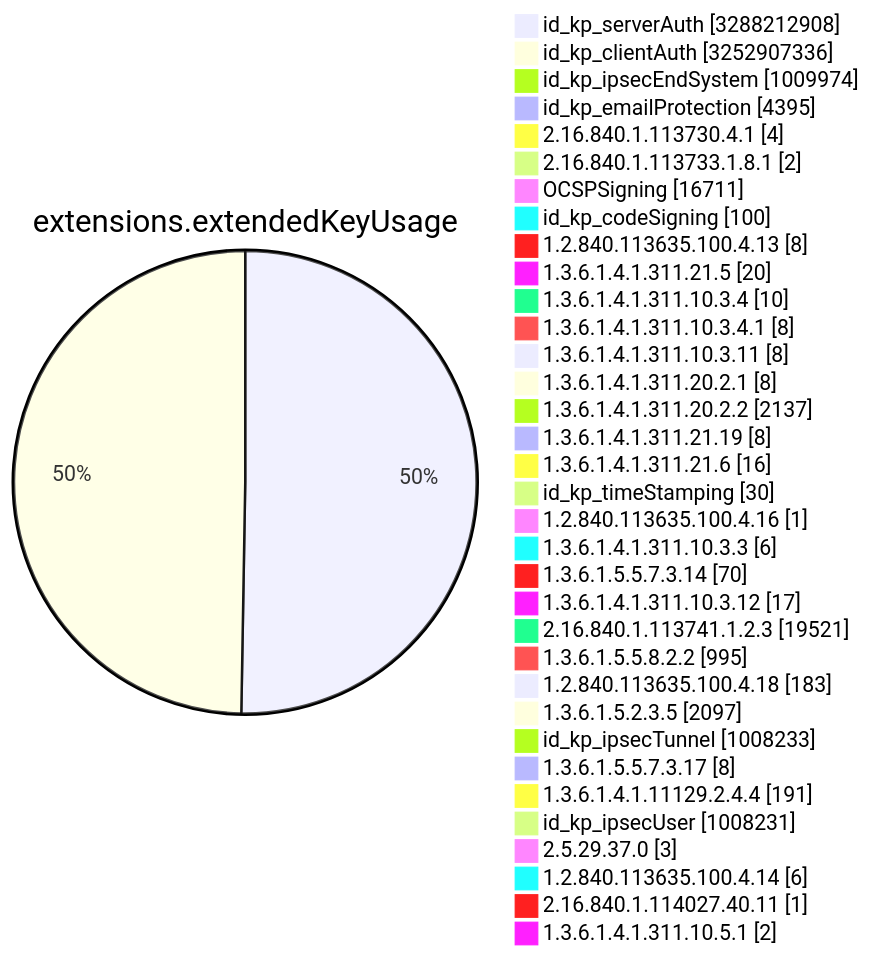
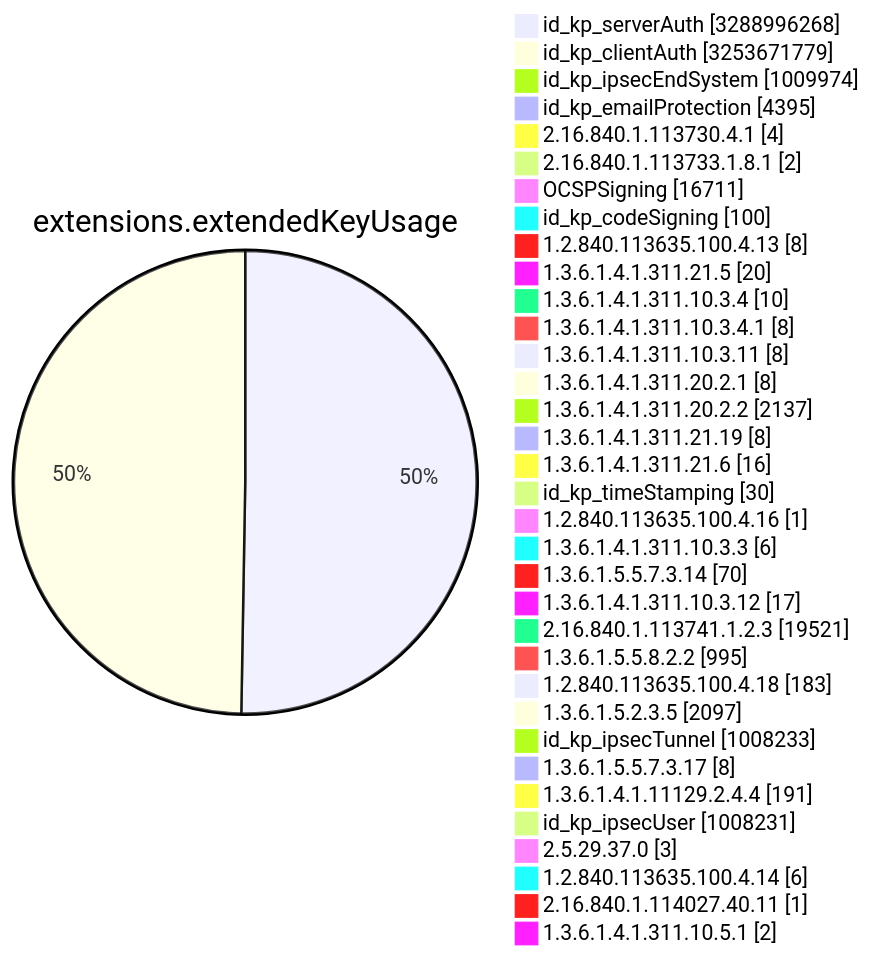
One commit to christiankrug/ctmonitor_visualization changed diagram 11 of 15 in TOTAL/README.md. Above: the diagram before and after it, drawn with Mermaid. The commit also changed other lines of this file, not shown here.

````diff
--- a/TOTAL/README.md
+++ b/TOTAL/README.md
@@ -4119,38 +4120,38 @@
 ```mermaid
 pie showData
 title extensions.extendedKeyUsage
-"id_kp_serverAuth" :3288212908
-"id_kp_clientAuth" :3252907336
+"id_kp_serverAuth" :3288996268
+"id_kp_clientAuth" :3253671779
 "id_kp_ipsecEndSystem" :1009974
 "id_kp_emailProtection" :4395
 "2.16.840.1.113730.4.1" :4
 "2.16.840.1.113733.1.8.1" :2
 "OCSPSigning" :16711
 "id_kp_codeSigning" :100
 "1.2.840.113635.100.4.13" :8
 "1.3.6.1.4.1.311.21.5" :20
 "1.3.6.1.4.1.311.10.3.4" :10
 "1.3.6.1.4.1.311.10.3.4.1" :8
 "1.3.6.1.4.1.311.10.3.11" :8
 "1.3.6.1.4.1.311.20.2.1" :8
 "1.3.6.1.4.1.311.20.2.2" :2137
 "1.3.6.1.4.1.311.21.19" :8
 "1.3.6.1.4.1.311.21.6" :16
 "id_kp_timeStamping" :30
 "1.2.840.113635.100.4.16" :1
 "1.3.6.1.4.1.311.10.3.3" :6
 "1.3.6.1.5.5.7.3.14" :70
 "1.3.6.1.4.1.311.10.3.12" :17
 "2.16.840.1.113741.1.2.3" :19521
 "1.3.6.1.5.5.8.2.2" :995
 "1.2.840.113635.100.4.18" :183
 "1.3.6.1.5.2.3.5" :2097
 "id_kp_ipsecTunnel" :1008233
 "1.3.6.1.5.5.7.3.17" :8
 "1.3.6.1.4.1.11129.2.4.4" :191
 "id_kp_ipsecUser" :1008231
 "2.5.29.37.0" :3
 "1.2.840.113635.100.4.14" :6
 "2.16.840.1.114027.40.11" :1
 "1.3.6.1.4.1.311.10.5.1" :2
 ```
````
